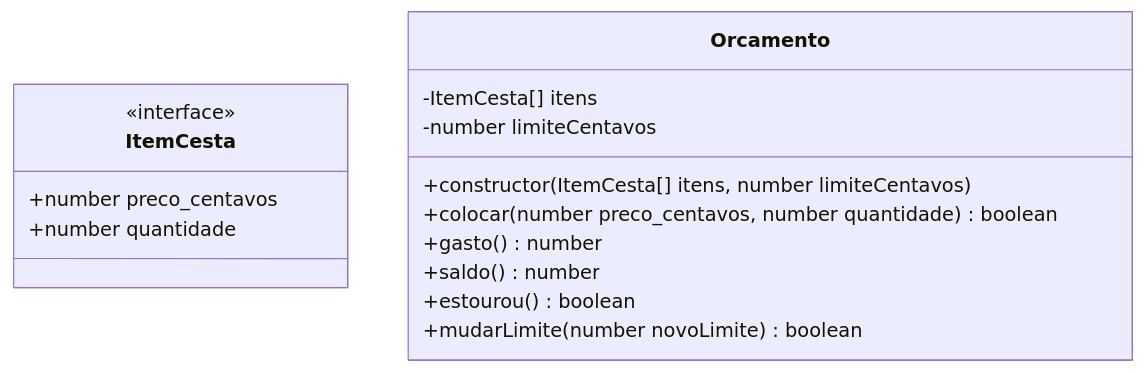
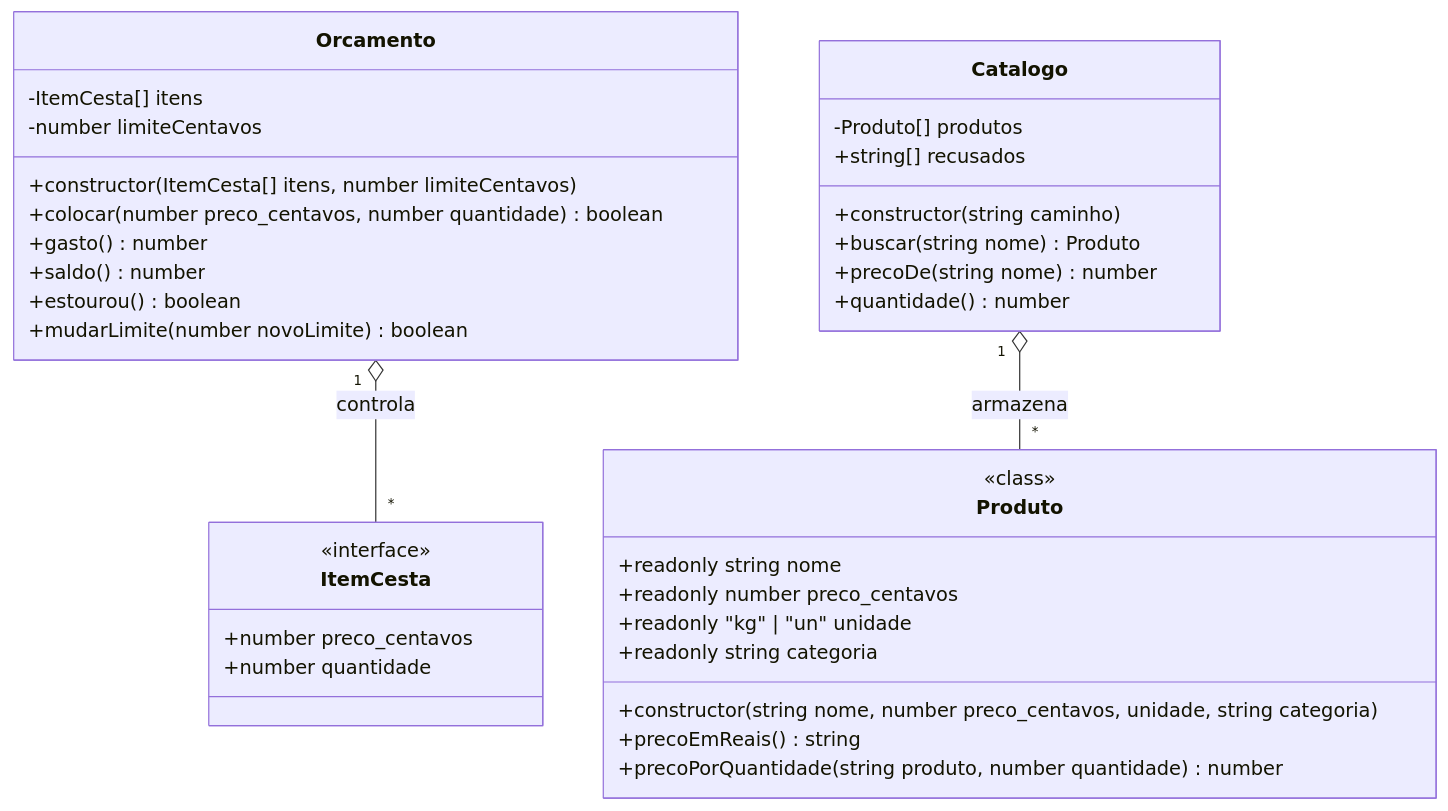
Before and after one commit to yurineryts-commits/m3-core-fera: the diagram in docs/modelo.md, drawn with Mermaid. The commit also changed other lines of this file and 1 other file, not shown here.

Commit message:
feat: main adicionado

````diff
--- a/docs/modelo.md
+++ b/docs/modelo.md
@@ -18,19 +1,43 @@
 ```mermaid
 classDiagram
+    class Produto {
+        <<class>>
+        +readonly string nome
+        +readonly number preco_centavos
+        +readonly "kg" | "un" unidade
+        +readonly string categoria
+        +constructor(string nome, number preco_centavos, unidade, string categoria)
+        +precoEmReais() string
+        +precoPorQuantidade(string produto, number quantidade) number
+    }
+
     class ItemCesta {
         <<interface>>
         +number preco_centavos
         +number quantidade
     }
 
     class Orcamento {
         -ItemCesta[] itens
         -number limiteCentavos
         +constructor(ItemCesta[] itens, number limiteCentavos)
         +colocar(number preco_centavos, number quantidade) boolean
         +gasto() number
         +saldo() number
         +estourou() boolean
         +mudarLimite(number novoLimite) boolean
     }
-```
+
+    class Catalogo {
+        -Produto[] produtos
+        +string[] recusados
+        +constructor(string caminho)
+        +buscar(string nome) Produto
+        +precoDe(string nome) number
+        +quantidade() number
+    }
+
+    Catalogo "1" o-- "*" Produto : armazena
+    Orcamento "1" o-- "*" ItemCesta : controla
+
+  ```
````
